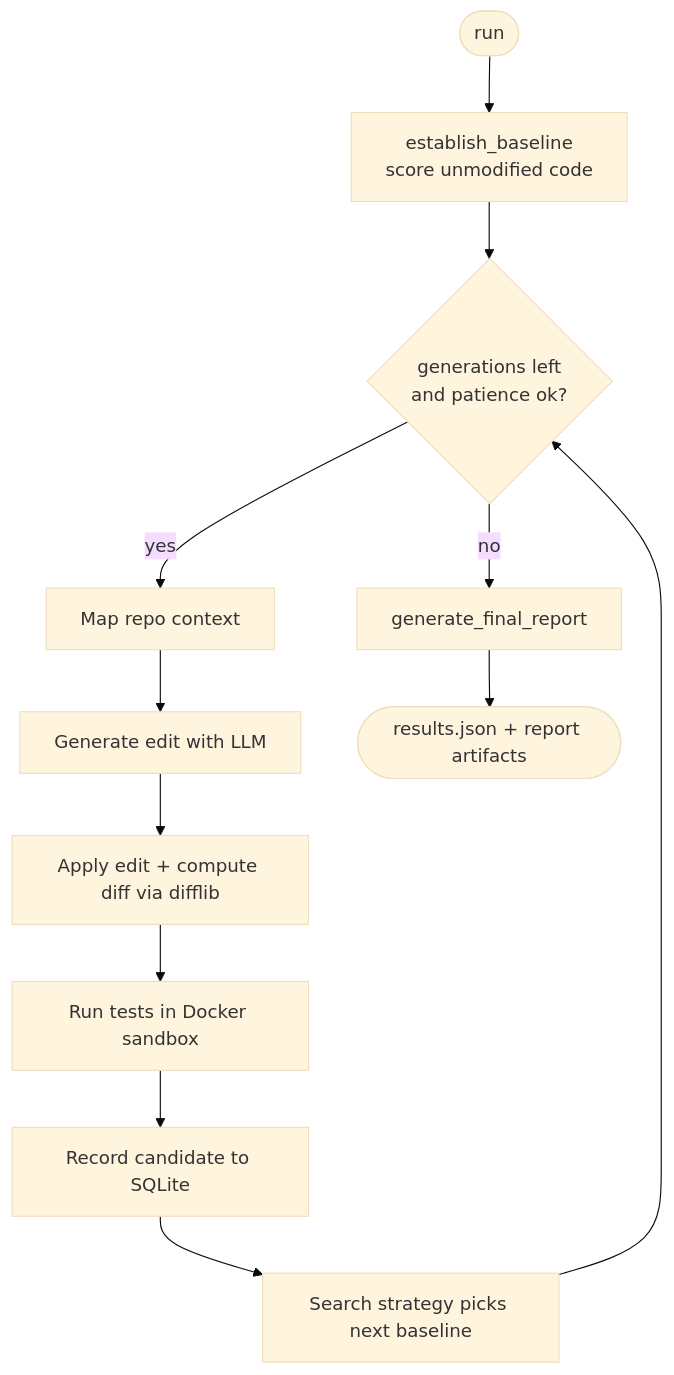
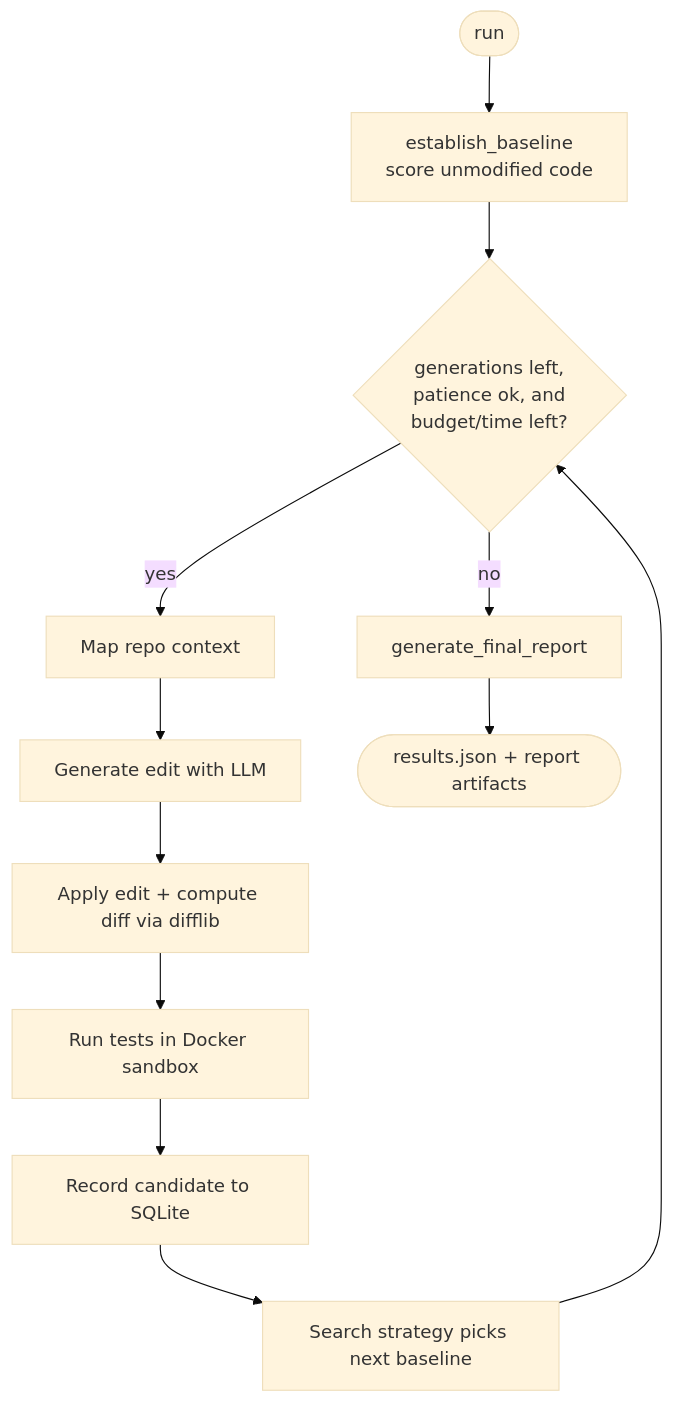
Before and after one commit to manashatwar/LoopBench-Optimizer: the first of 2 diagrams in docs/architecture/optimizer-loop.md, drawn with Mermaid (base theme). The commit also changed other lines of this file and 2 other files, not shown here.

First line of the commit message:
docs(architecture): reflect any-command sandbox, budgets, runtime limit, metric selection

````diff
--- a/docs/architecture/optimizer-loop.md
+++ b/docs/architecture/optimizer-loop.md
@@ -9,16 +9,16 @@
 ```mermaid
 flowchart TB
     START([run]) --> BASE[establish_baseline<br/>score unmodified code]
-    BASE --> G0{generations left<br/>and patience ok?}
+    BASE --> G0{generations left,<br/>patience ok, and<br/>budget/time left?}
     G0 -->|no| REPORT[generate_final_report]
     G0 -->|yes| MAP[Map repo context]
 
     MAP --> GEN[Generate edit with LLM]
     GEN --> APP[Apply edit + compute diff via difflib]
     APP --> TEST[Run tests in Docker sandbox]
     TEST --> REC[Record candidate to SQLite]
     REC --> SEL[Search strategy picks next baseline]
     SEL --> G0
 
     REPORT --> OUT([results.json + report artifacts])
 ```
````
